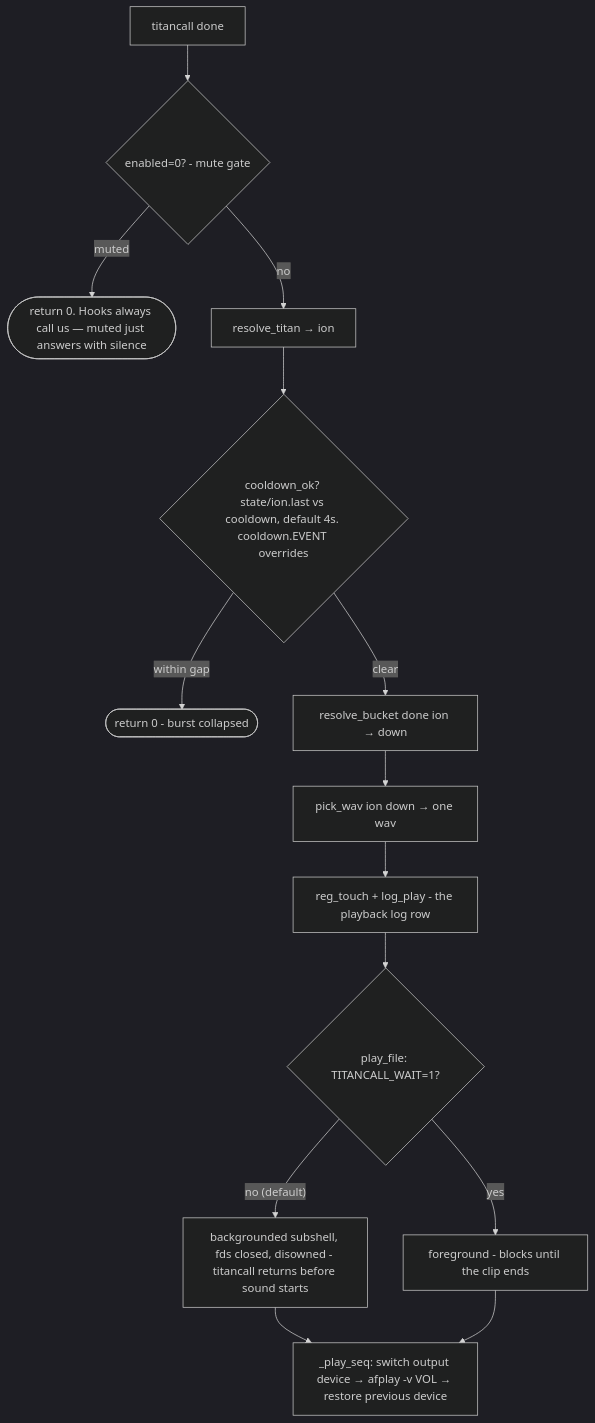
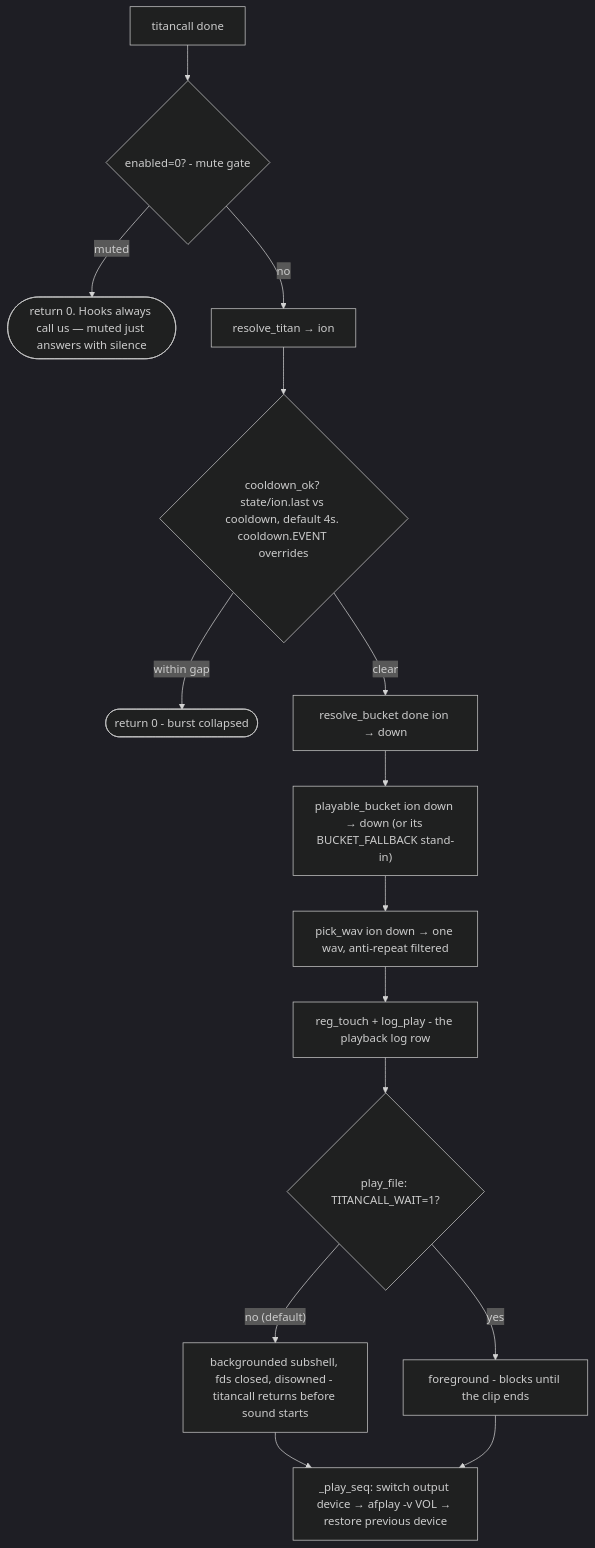
One commit to MadnessEngineering/Titancall changed the fourth of 6 diagrams in docs/routing.md. Above: the diagram before and after it, drawn with Mermaid (dark theme). The commit also changed other lines of this file and 1 other file, not shown here.

First line of the commit message:
titancall: docs — the two guards between bucket and sound, and why EVENTS is load-bearing

````diff
--- a/docs/routing.md
+++ b/docs/routing.md
@@ -109,16 +131,17 @@
 ```mermaid
 flowchart TD
     GO["titancall done"] --> MU{"enabled=0? - mute gate"}
     MU -- muted --> S1(["return 0. Hooks always call us — muted just answers with silence"])
     MU -- no --> RT["resolve_titan → ion"]
     RT --> CO{"cooldown_ok? state/ion.last vs cooldown, default 4s. cooldown.EVENT overrides"}
     CO -- "within gap" --> S2(["return 0 - burst collapsed"])
     CO -- clear --> RB["resolve_bucket done ion → down"]
-    RB --> PK["pick_wav ion down → one wav"]
+    RB --> PB["playable_bucket ion down → down (or its BUCKET_FALLBACK stand-in)"]
+    PB --> PK["pick_wav ion down → one wav, anti-repeat filtered"]
     PK --> LG["reg_touch + log_play - the playback log row"]
     LG --> PL{"play_file: TITANCALL_WAIT=1?"}
     PL -- "no (default)" --> BG["backgrounded subshell, fds closed, disowned - titancall returns before sound starts"]
     PL -- yes --> FG["foreground - blocks until the clip ends"]
     BG --> SQ["_play_seq: switch output device → afplay -v VOL → restore previous device"]
     FG --> SQ
 ```
````
